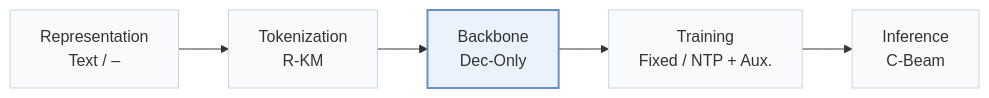
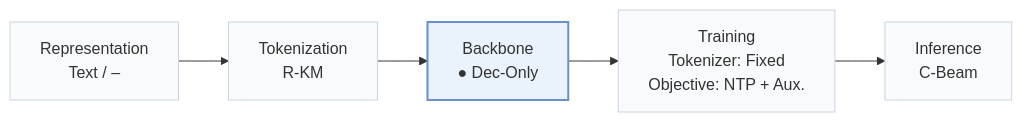
The first of 2 diagrams in pages/papers/deco.md (Galaxy-ghost/Awesome-SID-Generative-Rec), drawn with Mermaid before and after one commit. The commit also changed other lines of this file and 558 other files, not shown here.

````diff
--- a/pages/papers/deco.md
+++ b/pages/papers/deco.md
@@ -15,8 +18,8 @@
 ```mermaid
 flowchart LR
-    R["Representation<br/>Text / –"] --> T["Tokenization<br/>R-KM"] --> B["Backbone<br/>Dec-Only"] --> TR["Training<br/>Fixed / NTP + Aux."] --> I["Inference<br/>C-Beam"]
+    R["Representation<br/>Text / –"] --> T["Tokenization<br/>R-KM"] --> B["Backbone<br/>● Dec-Only"] --> TR["Training<br/>Tokenizer: Fixed<br/>Objective: NTP + Aux."] --> I["Inference<br/>C-Beam"]
     classDef base fill:#f8fafc,stroke:#cbd5e1
     class R,T,B,TR,I base
     classDef main fill:#eaf2fb,stroke:#6b8fc7,stroke-width:2px
     class B main
 ```
````
